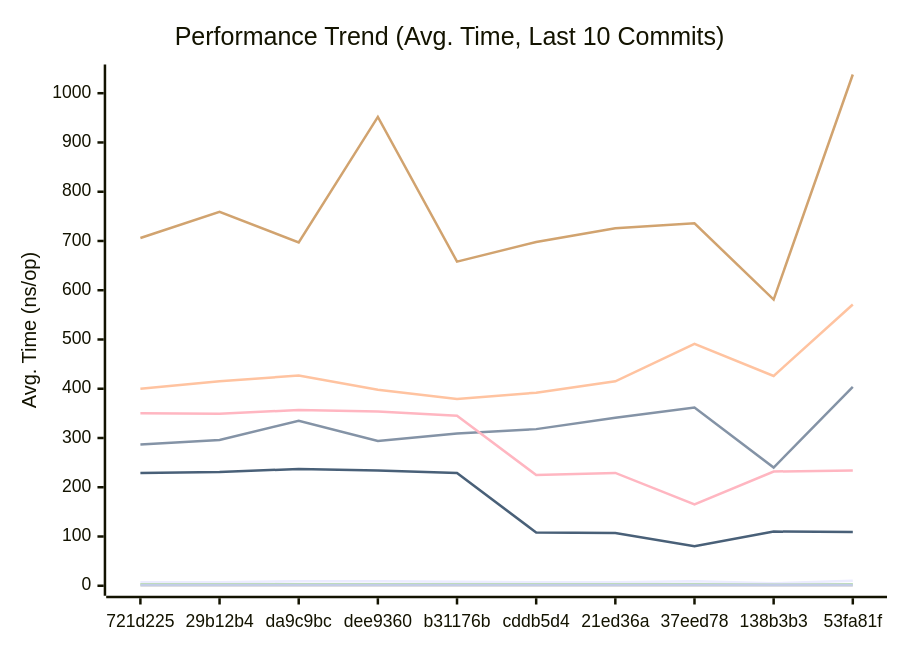
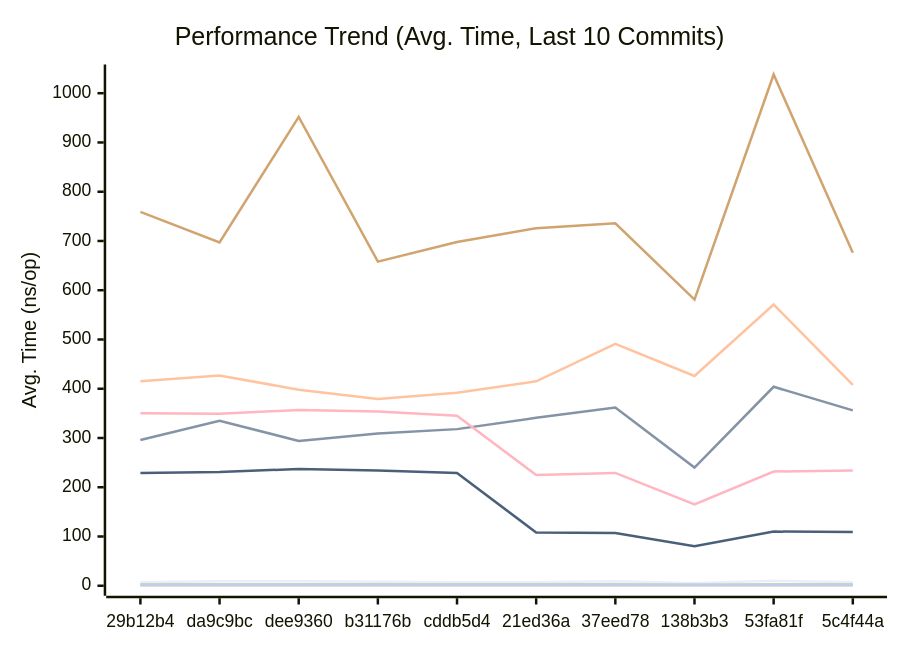
Before and after one commit to alsotoes/momo: the first of 3 diagrams in docs/PERFORMANCE.md, drawn with Mermaid. The commit also changed other lines of this file and 2 other files, not shown here.

````diff
--- a/docs/PERFORMANCE.md
+++ b/docs/PERFORMANCE.md
@@ -80,16 +80,16 @@
 ```mermaid
 xychart-beta
     title "Performance Trend (Avg. Time, Last 10 Commits)"
     x-axis "Commit"
     y-axis "Avg. Time (ns/op)"
-    x-axis [721d225,29b12b4,da9c9bc,dee9360,b31176b,cddb5d4,21ed36a,37eed78,138b3b3,53fa81f]
-    line "CheckMetricsAndSwap" [7,7,9,9,8,7,7,9,5,10]
-    line "CrushOptimized" [287,296,335,294,309,318,341,362,240,404]
-    line "CrushOriginal" [400,415,427,398,379,392,415,491,426,571]
+    x-axis [29b12b4,da9c9bc,dee9360,b31176b,cddb5d4,21ed36a,37eed78,138b3b3,53fa81f,5c4f44a]
+    line "CheckMetricsAndSwap" [7,9,9,8,7,7,9,5,10,7]
+    line "CrushOptimized" [296,335,294,309,318,341,362,240,404,356]
+    line "CrushOriginal" [415,427,398,379,392,415,491,426,571,408]
     line "IndexDirectTracking" [0,0,0,0,0,0,0,0,0,0]
-    line "IndexSearch" [3,3,3,3,3,3,3,3,2,3]
-    line "LoadGlobalConfig" [706,759,697,952,658,698,726,736,581,1038]
+    line "IndexSearch" [3,3,3,3,3,3,3,2,3,3]
+    line "LoadGlobalConfig" [759,697,952,658,698,726,736,581,1038,676]
     line "PadString" [2,2,2,2,2,2,2,2,2,2]
     line "ParseReplicationOrder_NoPrealloc" [350,349,357,354,345,225,229,165,232,234]
     line "ParseReplicationOrder_Prealloc" [229,231,237,234,229,108,107,80,110,109]
 ```
````
